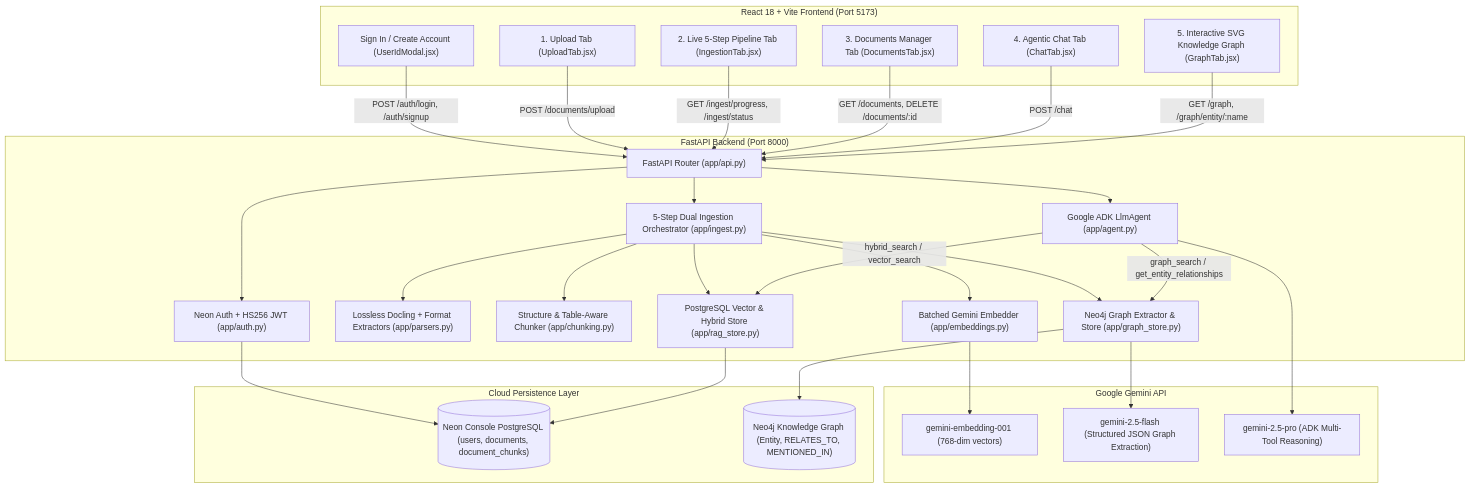
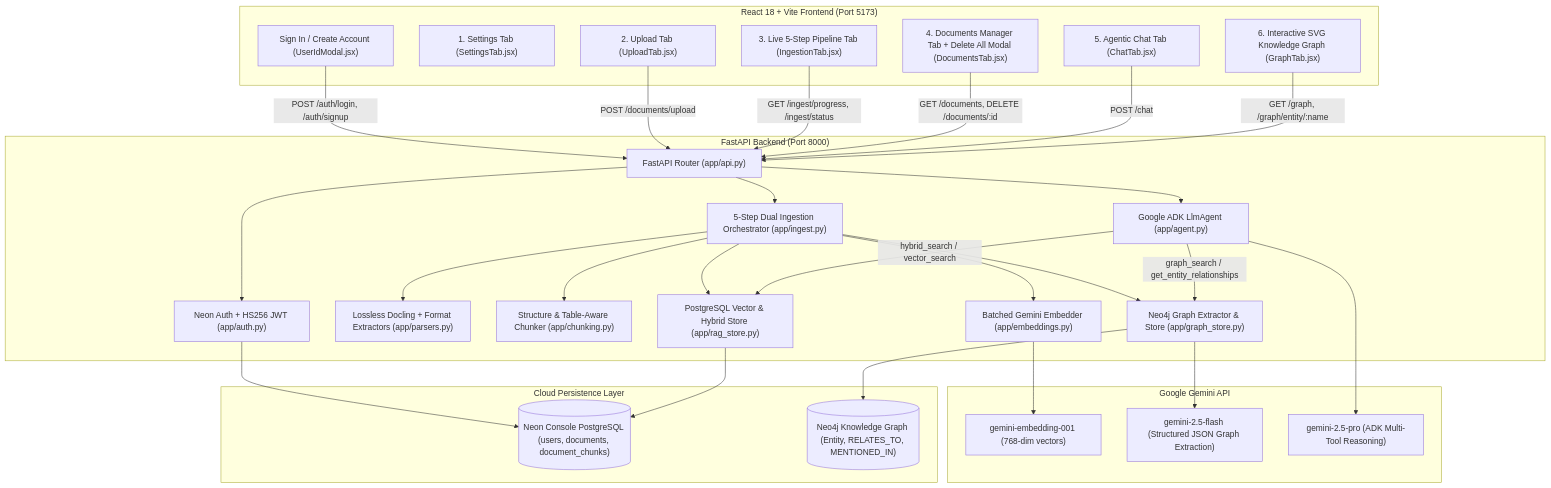
One commit to Dronanaik/adk_rag changed the first of 5 diagrams in docs/ARCHITECTURE.md. Above: the diagram before and after it, drawn with Mermaid. The commit also changed other lines of this file and 2 other files, not shown here.

Commit message:
docs: add icon-rich E2E architecture SVG diagram below demo GIF in README.md

````diff
--- a/docs/ARCHITECTURE.md
+++ b/docs/ARCHITECTURE.md
@@ -41,61 +47,62 @@
 ```mermaid
 flowchart TB
     subgraph Client["React 18 + Vite Frontend (Port 5173)"]
         AuthUI["Sign In / Create Account (UserIdModal.jsx)"]
-        UploadUI["1. Upload Tab (UploadTab.jsx)"]
-        PipelineUI["2. Live 5-Step Pipeline Tab (IngestionTab.jsx)"]
-        DocsUI["3. Documents Manager Tab (DocumentsTab.jsx)"]
-        ChatUI["4. Agentic Chat Tab (ChatTab.jsx)"]
-        GraphUI["5. Interactive SVG Knowledge Graph (GraphTab.jsx)"]
+        SettingsUI["1. Settings Tab (SettingsTab.jsx)"]
+        UploadUI["2. Upload Tab (UploadTab.jsx)"]
+        PipelineUI["3. Live 5-Step Pipeline Tab (IngestionTab.jsx)"]
+        DocsUI["4. Documents Manager Tab + Delete All Modal (DocumentsTab.jsx)"]
+        ChatUI["5. Agentic Chat Tab (ChatTab.jsx)"]
+        GraphUI["6. Interactive SVG Knowledge Graph (GraphTab.jsx)"]
     end
 
     subgraph Backend["FastAPI Backend (Port 8000)"]
         API["FastAPI Router (app/api.py)"]
         AuthSvc["Neon Auth + HS256 JWT (app/auth.py)"]
         IngestSvc["5-Step Dual Ingestion Orchestrator (app/ingest.py)"]
         Parsers["Lossless Docling + Format Extractors (app/parsers.py)"]
         Chunker["Structure & Table-Aware Chunker (app/chunking.py)"]
         Embedder["Batched Gemini Embedder (app/embeddings.py)"]
         ADKAgent["Google ADK LlmAgent (app/agent.py)"]
         RagStore["PostgreSQL Vector & Hybrid Store (app/rag_store.py)"]
         GraphStore["Neo4j Graph Extractor & Store (app/graph_store.py)"]
     end
 
     subgraph ExternalAI["Google Gemini API"]
         GeminiEmbed["gemini-embedding-001 (768-dim vectors)"]
         GeminiFlash["gemini-2.5-flash (Structured JSON Graph Extraction)"]
         GeminiPro["gemini-2.5-pro (ADK Multi-Tool Reasoning)"]
     end
 
     subgraph Storage["Cloud Persistence Layer"]
         NeonDB[("Neon Console PostgreSQL (users, documents, document_chunks)")]
         Neo4jDB[("Neo4j Knowledge Graph (Entity, RELATES_TO, MENTIONED_IN)")]
     end
 
     AuthUI -->|POST /auth/login, /auth/signup| API
     UploadUI -->|POST /documents/upload| API
     PipelineUI -->|GET /ingest/progress, /ingest/status| API
     DocsUI -->|GET /documents, DELETE /documents/:id| API
     ChatUI -->|POST /chat| API
     GraphUI -->|GET /graph, /graph/entity/:name| API
 
     API --> AuthSvc
     AuthSvc --> NeonDB
 
     API --> IngestSvc
     IngestSvc --> Parsers
     IngestSvc --> Chunker
     IngestSvc --> Embedder
     Embedder --> GeminiEmbed
     IngestSvc --> RagStore
     IngestSvc --> GraphStore
     GraphStore --> GeminiFlash
 
     API --> ADKAgent
     ADKAgent --> GeminiPro
     ADKAgent -->|hybrid_search / vector_search| RagStore
     ADKAgent -->|graph_search / get_entity_relationships| GraphStore
 
     RagStore --> NeonDB
     GraphStore --> Neo4jDB
 ```
````
